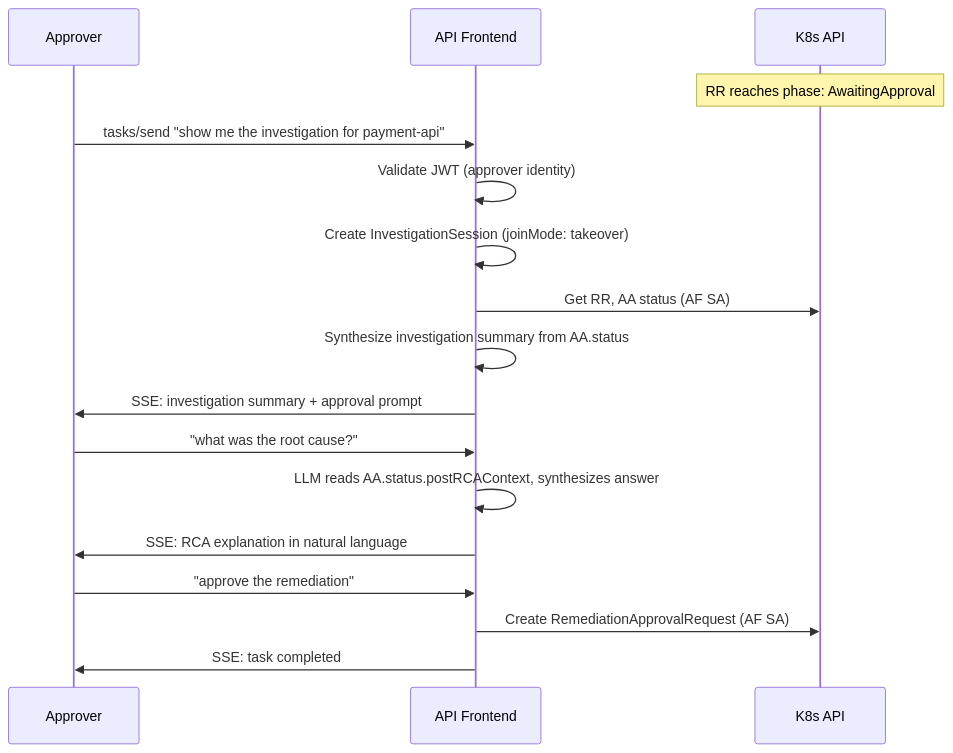
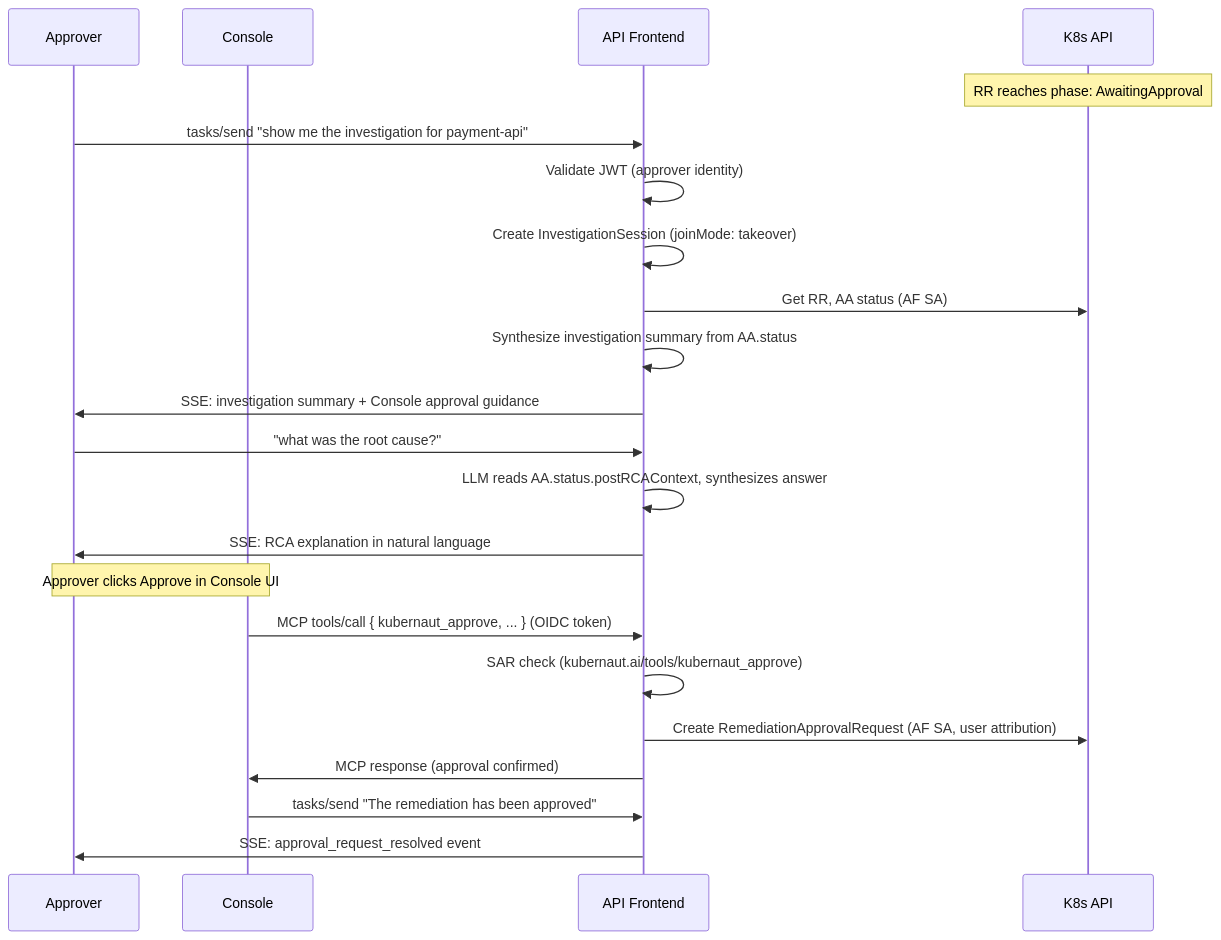
The fifth of 7 diagrams in docs/services/apifrontend/design/ARCHITECTURE.md (jordigilh/kubernaut), drawn with Mermaid before and after one commit. The commit also changed other lines of this file and 3 other files, not shown here.

````diff
--- a/docs/services/apifrontend/design/ARCHITECTURE.md
+++ b/docs/services/apifrontend/design/ARCHITECTURE.md
@@ -385,20 +385,25 @@
 ```mermaid
 sequenceDiagram
     participant Approver
+    participant Console
     participant AF as API Frontend
     participant K8s as K8s API
 
     Note over K8s: RR reaches phase: AwaitingApproval
     Approver->>AF: tasks/send "show me the investigation for payment-api"
     AF->>AF: Validate JWT (approver identity)
     AF->>AF: Create InvestigationSession (joinMode: takeover)
     AF->>K8s: Get RR, AA status (AF SA)
     AF->>AF: Synthesize investigation summary from AA.status
-    AF->>Approver: SSE: investigation summary + approval prompt
+    AF->>Approver: SSE: investigation summary + Console approval guidance
     Approver->>AF: "what was the root cause?"
     AF->>AF: LLM reads AA.status.postRCAContext, synthesizes answer
     AF->>Approver: SSE: RCA explanation in natural language
-    Approver->>AF: "approve the remediation"
-    AF->>K8s: Create RemediationApprovalRequest (AF SA)
-    AF->>Approver: SSE: task completed
+    Note over Approver,Console: Approver clicks Approve in Console UI
+    Console->>AF: MCP tools/call { kubernaut_approve, ... } (OIDC token)
+    AF->>AF: SAR check (kubernaut.ai/tools/kubernaut_approve)
+    AF->>K8s: Create RemediationApprovalRequest (AF SA, user attribution)
+    AF->>Console: MCP response (approval confirmed)
+    Console->>AF: tasks/send "The remediation has been approved"
+    AF->>Approver: SSE: approval_request_resolved event
 ```
````
